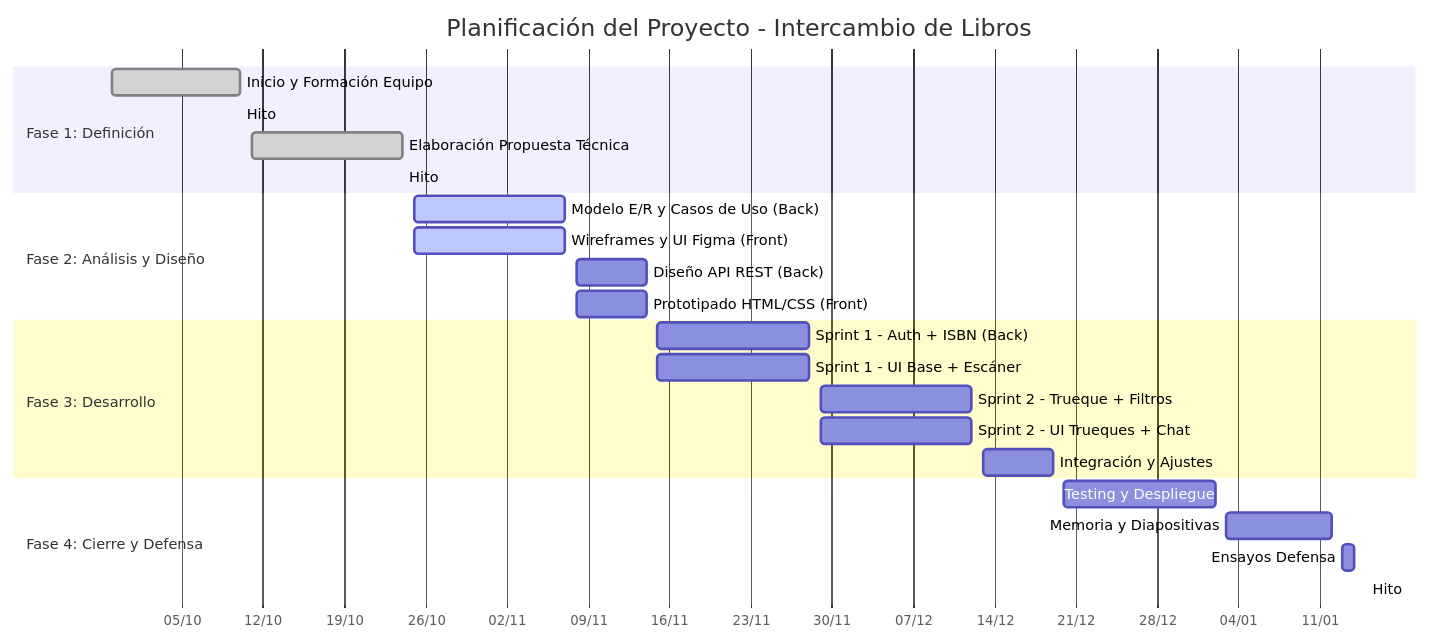
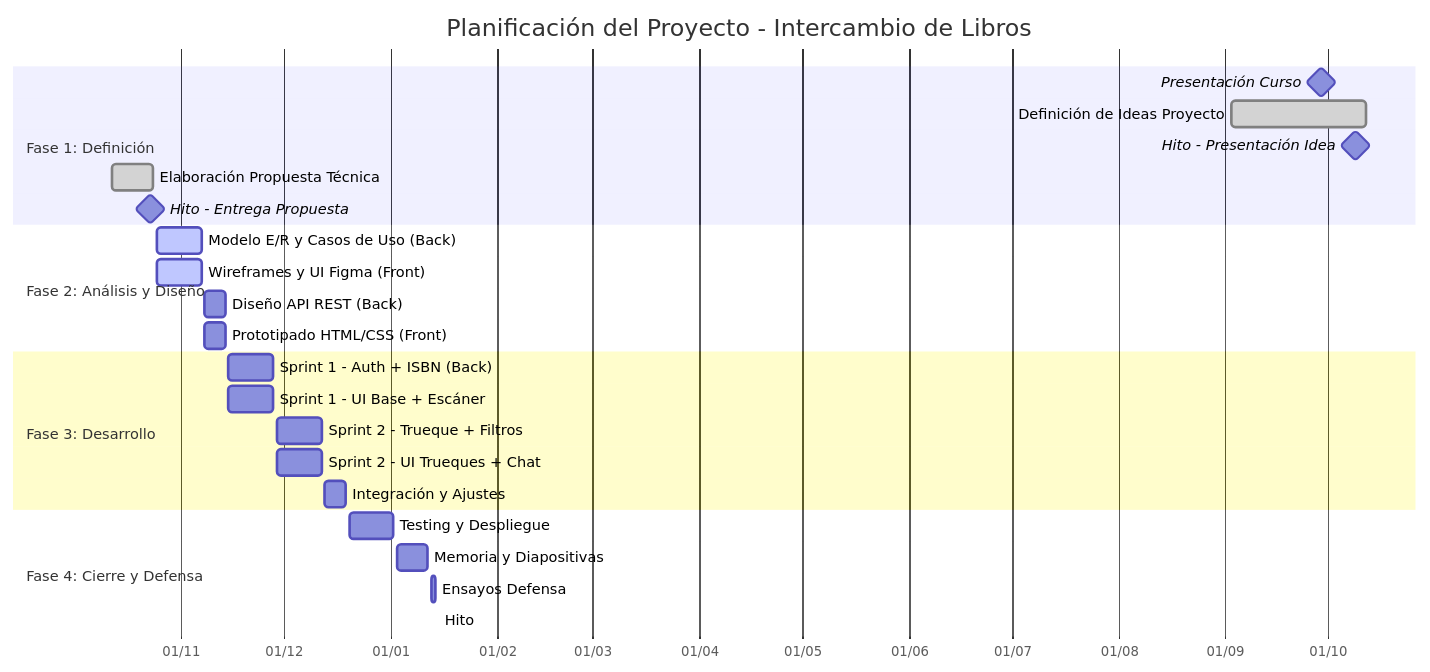
One commit to librolibre/librolibre changed the diagram in README.md. Above: the diagram before and after it, drawn with Mermaid.

Commit message:
Actualizamos las primeras fases del proyecto

````diff
--- a/README.md
+++ b/README.md
@@ -13,31 +13,32 @@
 ```mermaid
 gantt
     title Planificación del Proyecto - Intercambio de Libros
     dateFormat  YYYY-MM-DD
     axisFormat %d/%m
     
     section Fase 1: Definición
-    Inicio y Formación Equipo     :done, 2025-09-29, 2025-10-10
-    Hito: Presentación Idea        :milestone, 2025-10-10, 0d
-    Elaboración Propuesta Técnica  :done, 2025-10-11, 2025-10-24
-    Hito: Entrega Propuesta        :milestone, 2025-10-24, 0d
+    Presentación Curso              :milestone, 2026-09-29, 0d
+    Definición de Ideas Proyecto    :done, 2026-09-03, 2026-10-12
+    Hito - Presentación Idea        :milestone, 2026-10-09, 0d
+    Elaboración Propuesta Técnica   :done, 2025-10-12, 2025-10-24
+    Hito - Entrega Propuesta        :milestone, 2025-10-23, 0d
 
     section Fase 2: Análisis y Diseño
     Modelo E/R y Casos de Uso (Back) :active, 2025-10-25, 2025-11-07
     Wireframes y UI Figma (Front)   :active, 2025-10-25, 2025-11-07
     Diseño API REST (Back)          :2025-11-08, 2025-11-14
     Prototipado HTML/CSS (Front)    :2025-11-08, 2025-11-14
 
     section Fase 3: Desarrollo
     Sprint 1 - Auth + ISBN (Back)   :2025-11-15, 2025-11-28
     Sprint 1 - UI Base + Escáner    :2025-11-15, 2025-11-28
     Sprint 2 - Trueque + Filtros    :2025-11-29, 2025-12-12
     Sprint 2 - UI Trueques + Chat   :2025-11-29, 2025-12-12
     Integración y Ajustes          :2025-12-13, 2025-12-19
 
     section Fase 4: Cierre y Defensa
     Testing y Despliegue           :2025-12-20, 2026-01-02
     Memoria y Diapositivas         :2026-01-03, 2026-01-12
     Ensayos Defensa                :2026-01-13, 2026-01-14
     Hito: Defensa Oral             :milestone, 2026-01-15, 0d
 ```
````
